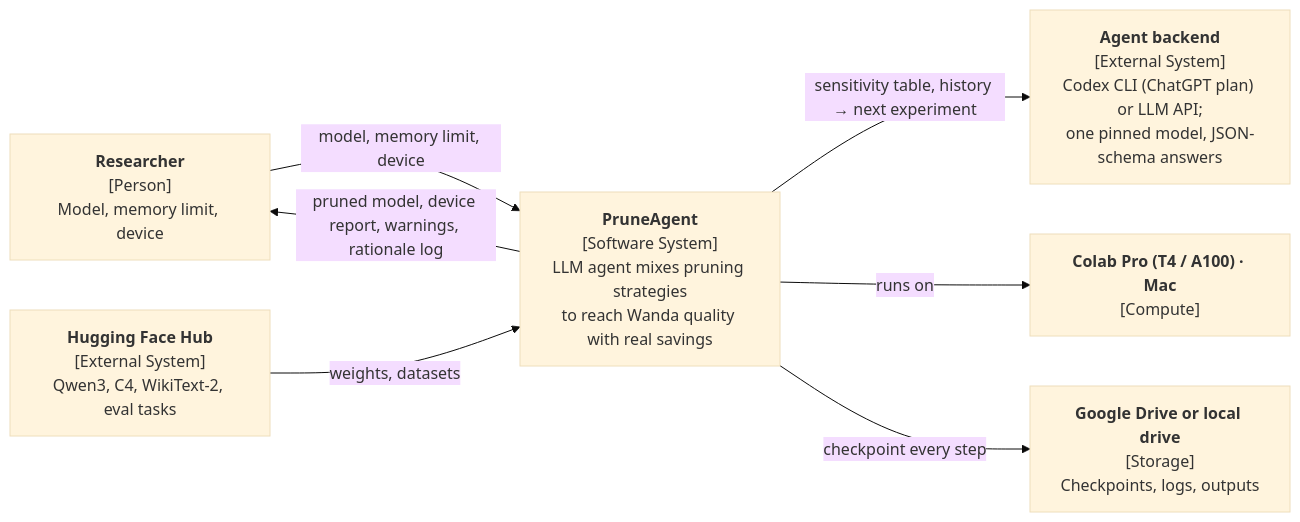
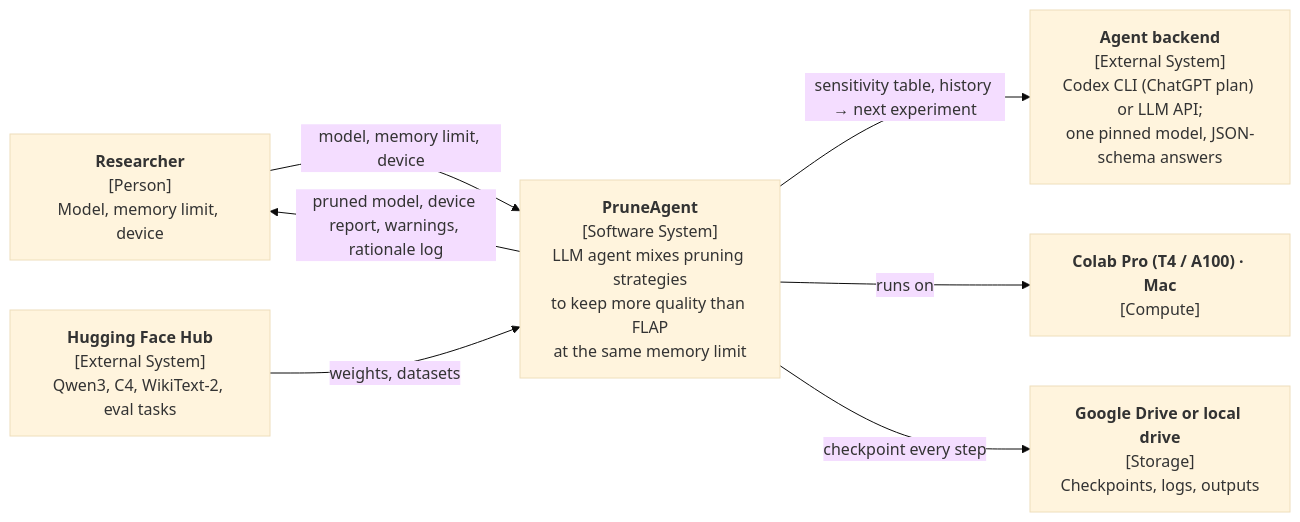
The first of 4 diagrams in ARCHITECTURE.md (stephxu96/pruneagent), drawn with Mermaid (base theme) before and after one commit. The commit also changed other lines of this file and 17 other files, not shown here.

First line of the commit message:
Architecture v0.8: Baseline: FLAP at the same memory limit

````diff
--- a/ARCHITECTURE.md
+++ b/ARCHITECTURE.md
@@ -161,16 +163,16 @@
 ```mermaid
 flowchart LR
     U["<b>Researcher</b><br/>[Person]<br/>Model, memory limit, device"]
-    S["<b>PruneAgent</b><br/>[Software System]<br/>LLM agent mixes pruning strategies<br/>to reach Wanda quality with real savings"]
+    S["<b>PruneAgent</b><br/>[Software System]<br/>LLM agent mixes pruning strategies<br/>to keep more quality than FLAP<br/>at the same memory limit"]
     L["<b>Agent backend</b><br/>[External System]<br/>Codex CLI (ChatGPT plan) or LLM API;<br/>one pinned model, JSON-schema answers"]
     H["<b>Hugging Face Hub</b><br/>[External System]<br/>Qwen3, C4, WikiText-2, eval tasks"]
     C["<b>Colab Pro (T4 / A100) · Mac</b><br/>[Compute]"]
     D["<b>Google Drive or local drive</b><br/>[Storage]<br/>Checkpoints, logs, outputs"]
 
     U -- "model, memory limit, device" --> S
     S -- "pruned model, device report, warnings, rationale log" --> U
     S -- "sensitivity table, history → next experiment" --> L
     H -- "weights, datasets" --> S
     S -- "runs on" --> C
     S -- "checkpoint every step" --> D
 ```
````
